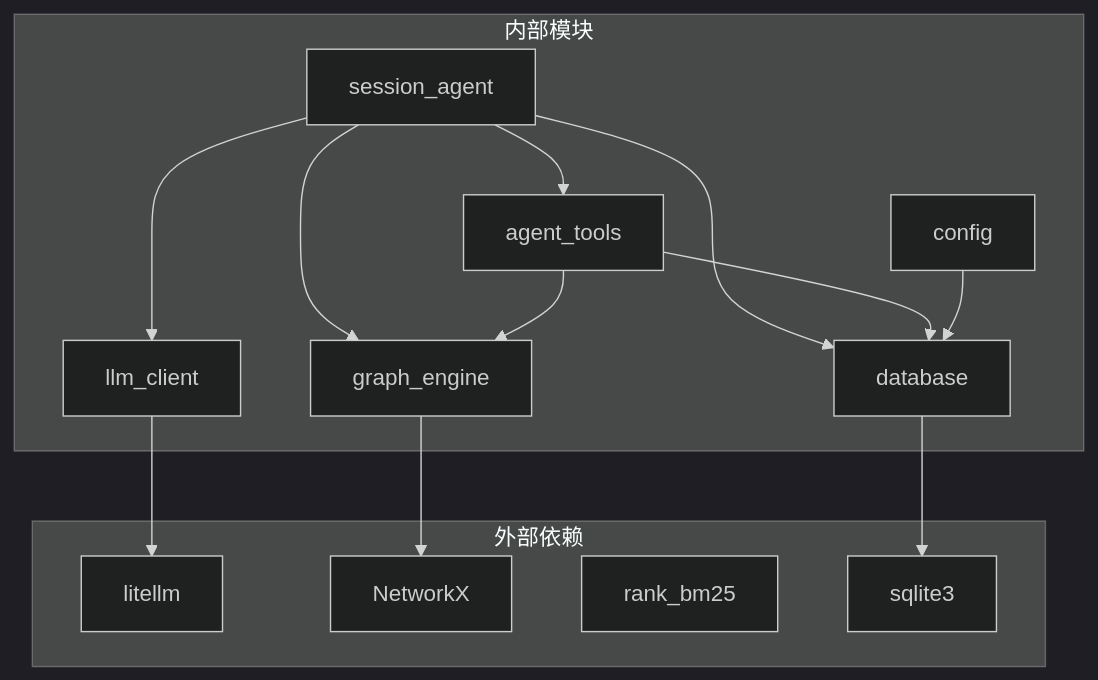
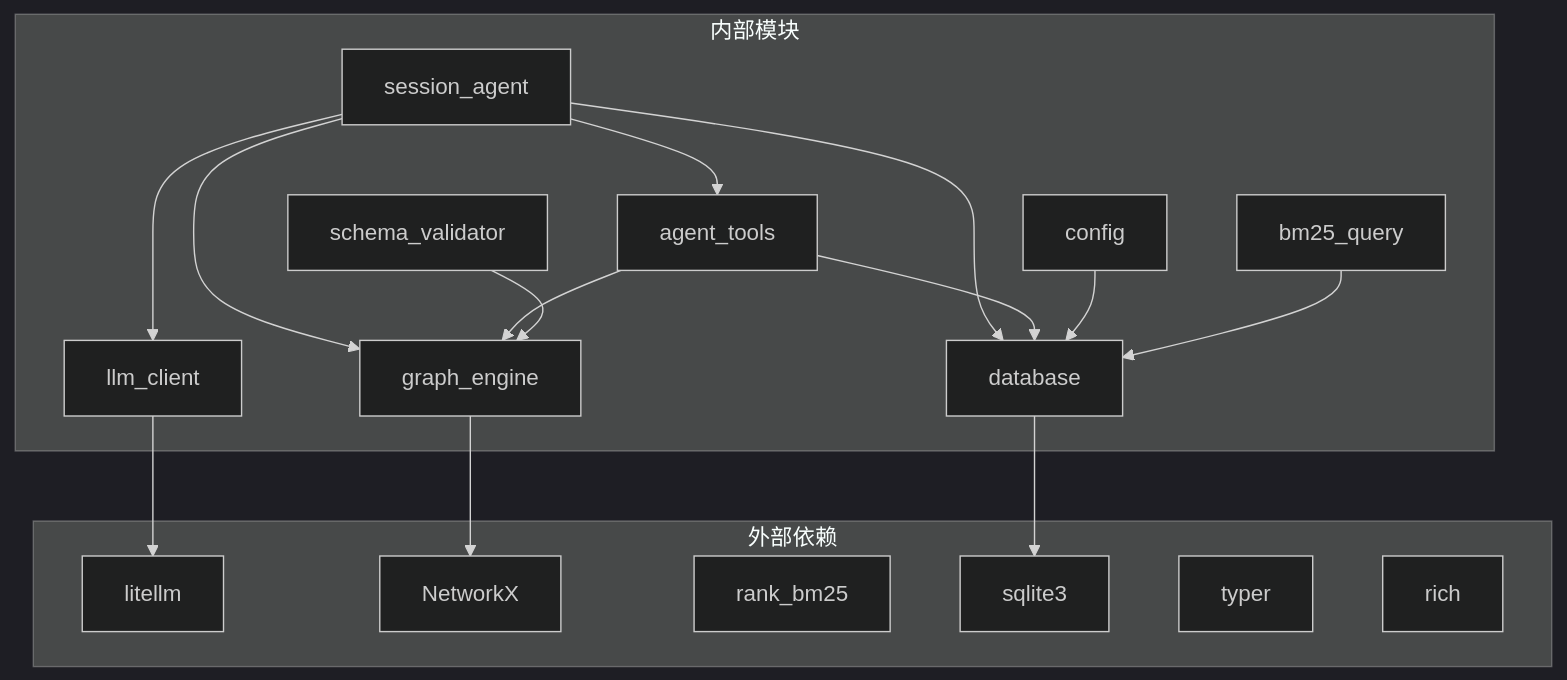
Before and after one commit to UynajGI/drbrain: the ninth of 9 diagrams in .qoder/repowiki/zh/content/核心模块详解/会话代理系统.md, drawn with Mermaid (dark theme). The commit also changed other lines of this file and 7 other files, not shown here.

First line of the commit message:
docs: 同步 Session Agent 集成到文档和记忆

````diff
--- a/.qoder/repowiki/zh/content/核心模块详解/会话代理系统.md
+++ b/.qoder/repowiki/zh/content/核心模块详解/会话代理系统.md
@@ -312,27 +416,33 @@
 ```mermaid
 graph TB
 subgraph "外部依赖"
 A[litellm]
 B[NetworkX]
 C[rank_bm25]
 D[sqlite3]
+E[typer]
+F[rich]
 end
 subgraph "内部模块"
-E[session_agent]
-F[agent_tools]
-G[llm_client]
-H[graph_engine]
-I[database]
-J[config]
+G[session_agent]
+H[agent_tools]
+I[llm_client]
+J[graph_engine]
+K[database]
+L[config]
+M[schema_validator]
+N[bm25_query]
 end
-E --> F
-E --> G
-E --> H
-E --> I
-F --> H
-F --> I
-G --> A
-H --> B
-I --> D
-J --> I
+G --> H
+G --> I
+G --> J
+G --> K
+H --> J
+H --> K
+I --> A
+J --> B
+K --> D
+L --> K
+M --> J
+N --> K
 ```
````
